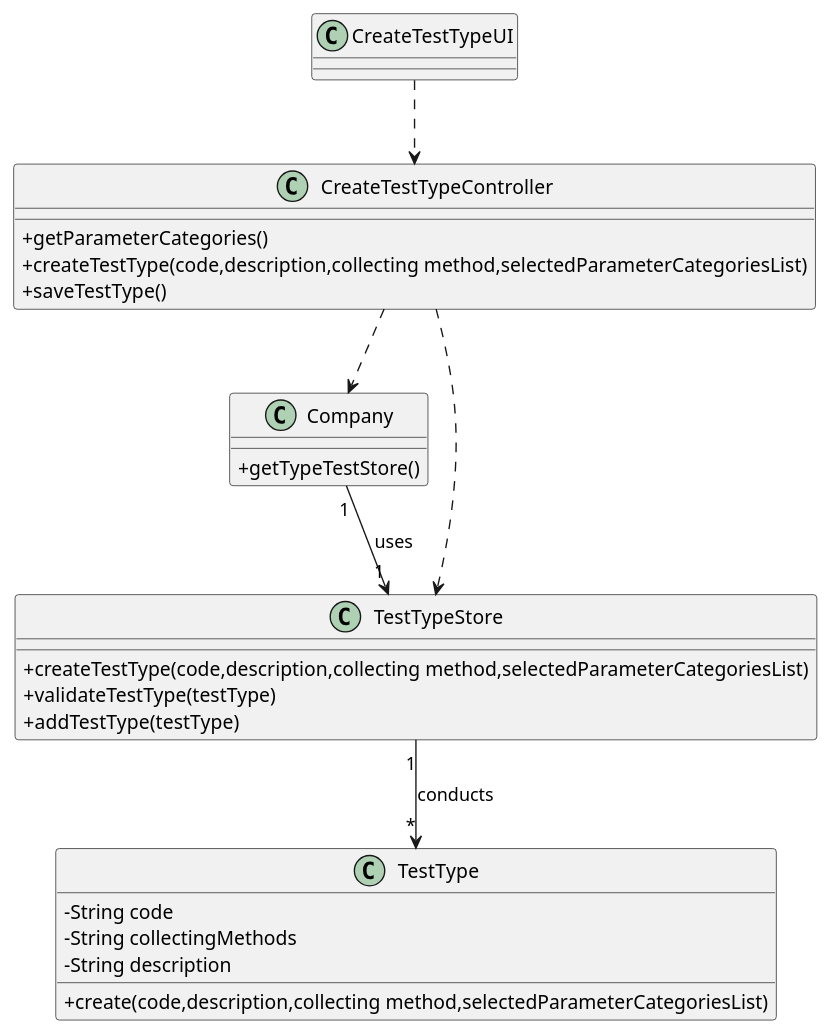
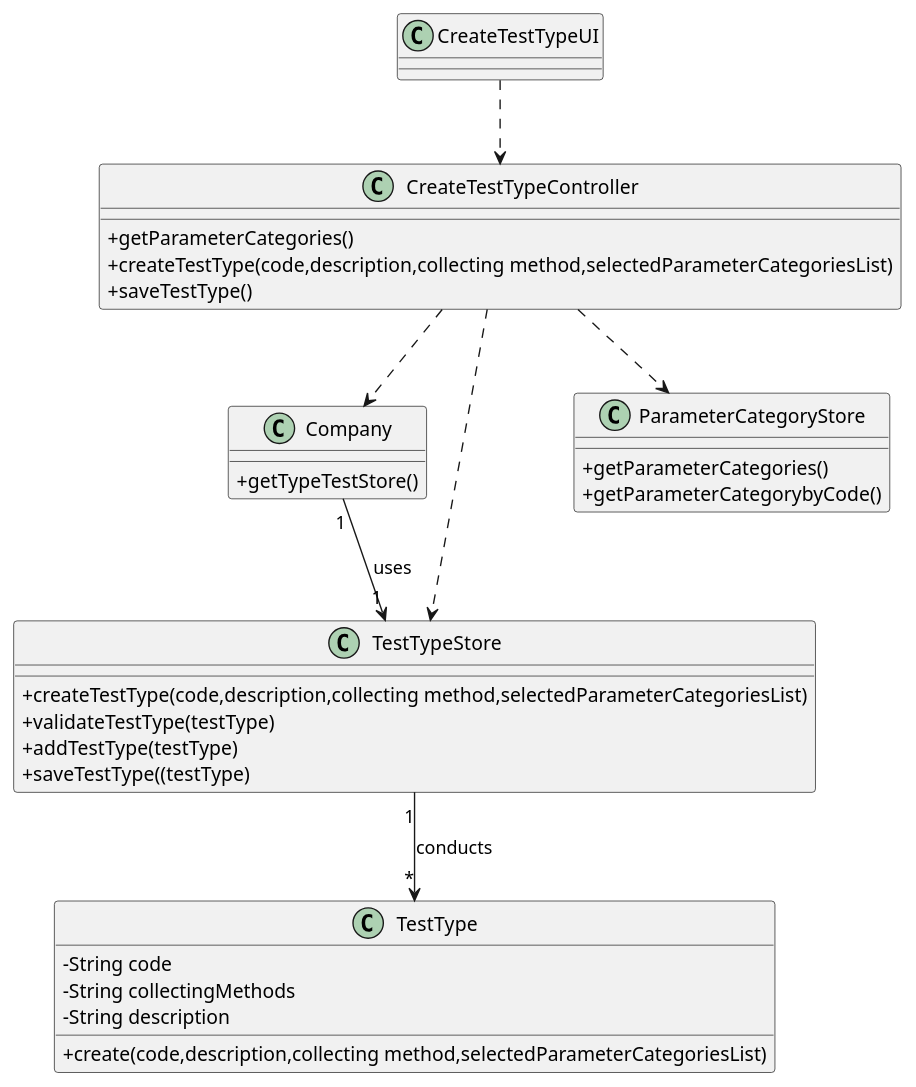
The diagram in docs/SprintB/US09/US09_CD.puml (manu-07-ela/LAPR2_ISEP), drawn with PlantUML before and after one commit. The commit also changed 3 other files, not shown here.

```diff
--- a/docs/SprintB/US09/US09_CD.puml
+++ b/docs/SprintB/US09/US09_CD.puml
@@ -1,36 +1,43 @@
 @startuml
 skinparam classAttributeIconSize 0
 
 class Company{
 +getTypeTestStore()
 }
 
 class CreateTestTypeUI{
 }
 
 class CreateTestTypeController{
 +getParameterCategories()
 +createTestType(code,description,collecting method,selectedParameterCategoriesList)
 +saveTestType()
 }
 
 class TestType{
 -String code
 -String collectingMethods
 -String description
 +create(code,description,collecting method,selectedParameterCategoriesList)
 }
 
 class TestTypeStore{
 +createTestType(code,description,collecting method,selectedParameterCategoriesList)
 +validateTestType(testType)
 +addTestType(testType)
++saveTestType((testType)
+}
+
+class ParameterCategoryStore{
++getParameterCategories()
++getParameterCategorybyCode()
 }
 
 CreateTestTypeUI ..> CreateTestTypeController
 CreateTestTypeController ..> Company
 CreateTestTypeController ..> TestTypeStore
+CreateTestTypeController ..> ParameterCategoryStore
 Company"1"--> "1" TestTypeStore : uses
 TestTypeStore "1"-->"*" TestType : conducts
 
 @enduml
```
